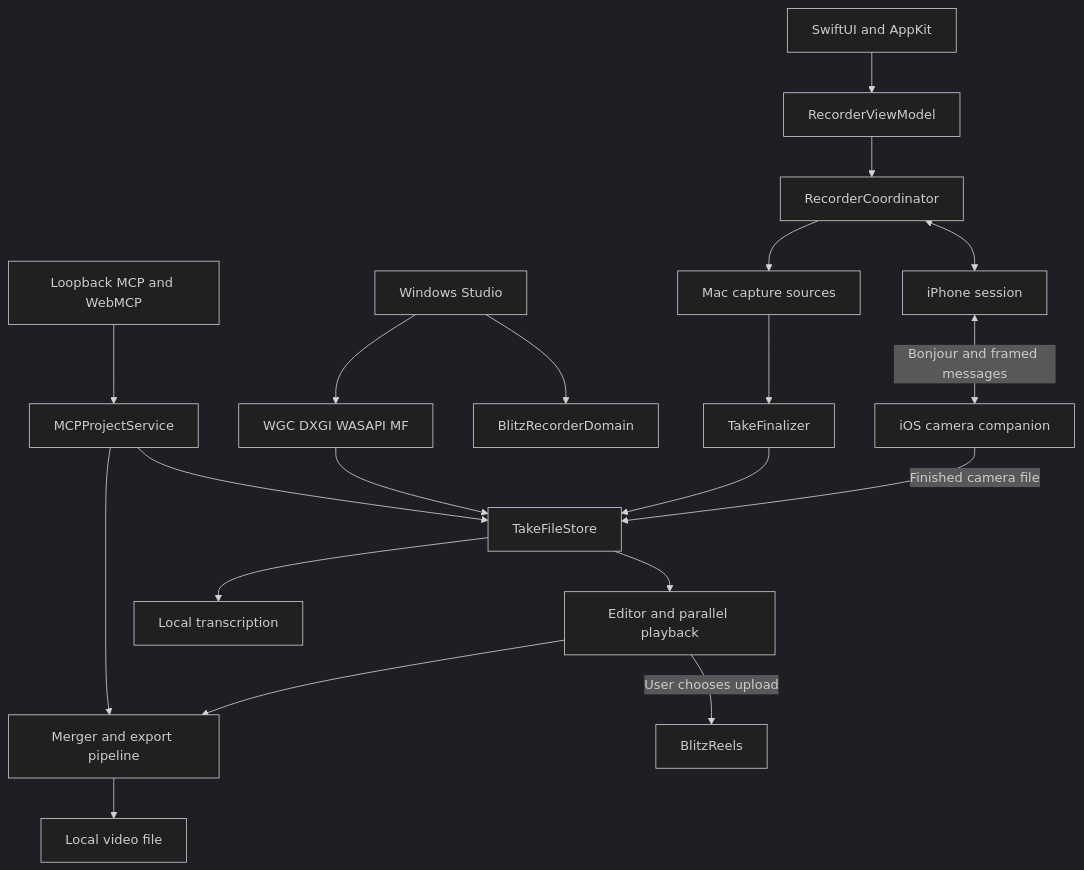
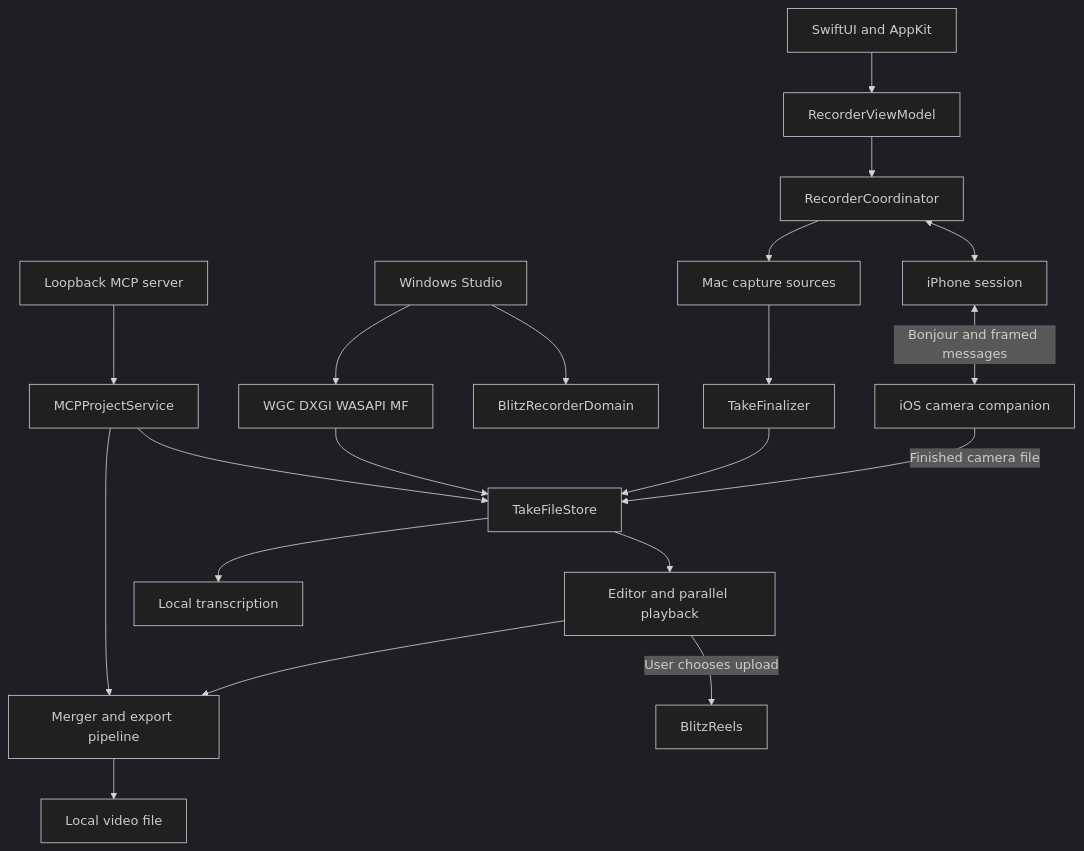
Before and after one commit to blitzreels/blitzrecorder: the diagram in ARCHITECTURE.md, drawn with Mermaid (dark theme). The commit also changed other lines of this file and 413 other files, not shown here.

````diff
--- a/ARCHITECTURE.md
+++ b/ARCHITECTURE.md
@@ -10,22 +10,22 @@
 ```mermaid
 flowchart TD
     UI[SwiftUI and AppKit] --> VM[RecorderViewModel]
     VM --> Coordinator[RecorderCoordinator]
     Coordinator --> Capture[Mac capture sources]
     Coordinator <--> Remote[iPhone session]
     Remote <-->|Bonjour and framed messages| Phone[iOS camera companion]
     Phone -->|Finished camera file| Files[TakeFileStore]
     Capture --> Finalizer[TakeFinalizer]
     Finalizer --> Files
     Files --> Editor[Editor and parallel playback]
     Editor --> Export[Merger and export pipeline]
     Export --> Video[Local video file]
     Files --> Transcript[Local transcription]
     Win[Windows Studio] --> Domain[BlitzRecorderDomain]
     Win --> WinCap[WGC DXGI WASAPI MF]
     WinCap --> Files
-    MCP[Loopback MCP and WebMCP] --> Service[MCPProjectService]
+    MCP[Loopback MCP server] --> Service[MCPProjectService]
     Service --> Files
     Service --> Export
     Editor -->|User chooses upload| BlitzReels[BlitzReels]
 ```
````
